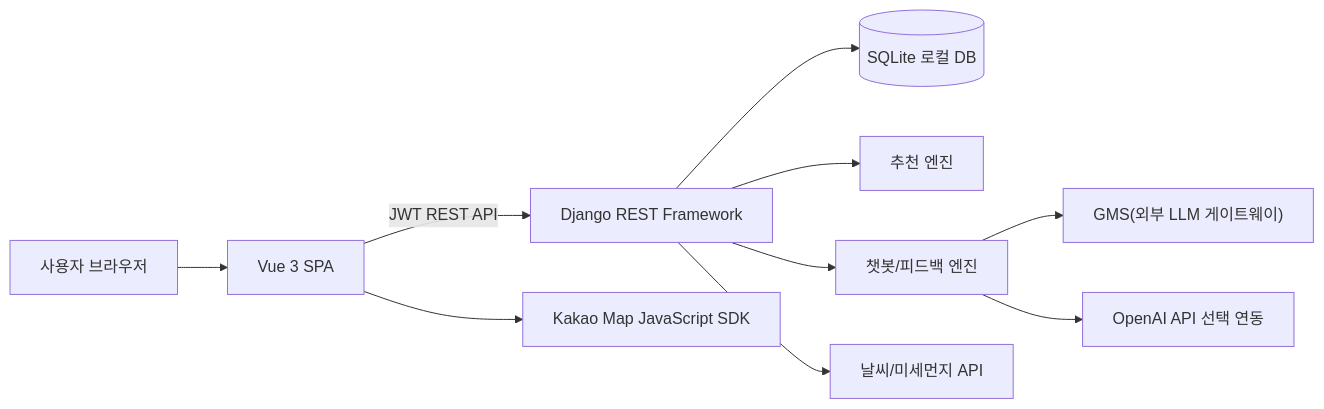
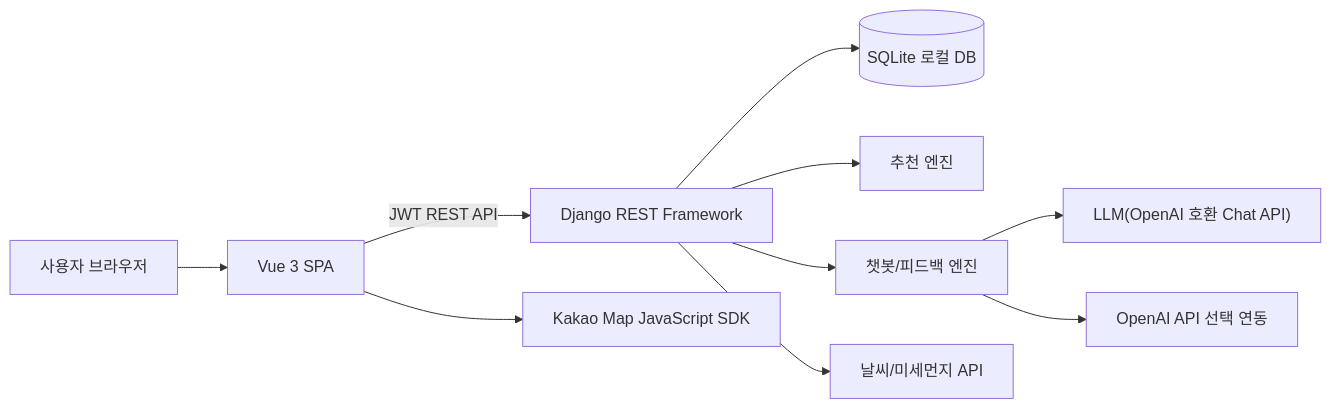
One commit to rbghddl199/RunQuest changed the diagram in docs/ARCHITECTURE.md. Above: the diagram before and after it, drawn with Mermaid. The commit also changed other lines of this file and 25 other files, not shown here.

````diff
--- a/docs/ARCHITECTURE.md
+++ b/docs/ARCHITECTURE.md
@@ -7,12 +7,12 @@
 ```mermaid
 flowchart LR
     U["사용자 브라우저"] --> V["Vue 3 SPA"]
     V -->|JWT REST API| API["Django REST Framework"]
     API --> DB[("SQLite 로컬 DB")]
     API --> REC["추천 엔진"]
     API --> CHAT["챗봇/피드백 엔진"]
-    CHAT --> GMS["GMS(외부 LLM 게이트웨이)"]
+    CHAT --> LLM["LLM(OpenAI 호환 Chat API)"]
     CHAT --> OAI["OpenAI API 선택 연동"]
     V --> MAP["Kakao Map JavaScript SDK"]
     API --> WEATHER["날씨/미세먼지 API"]
 ```
````
